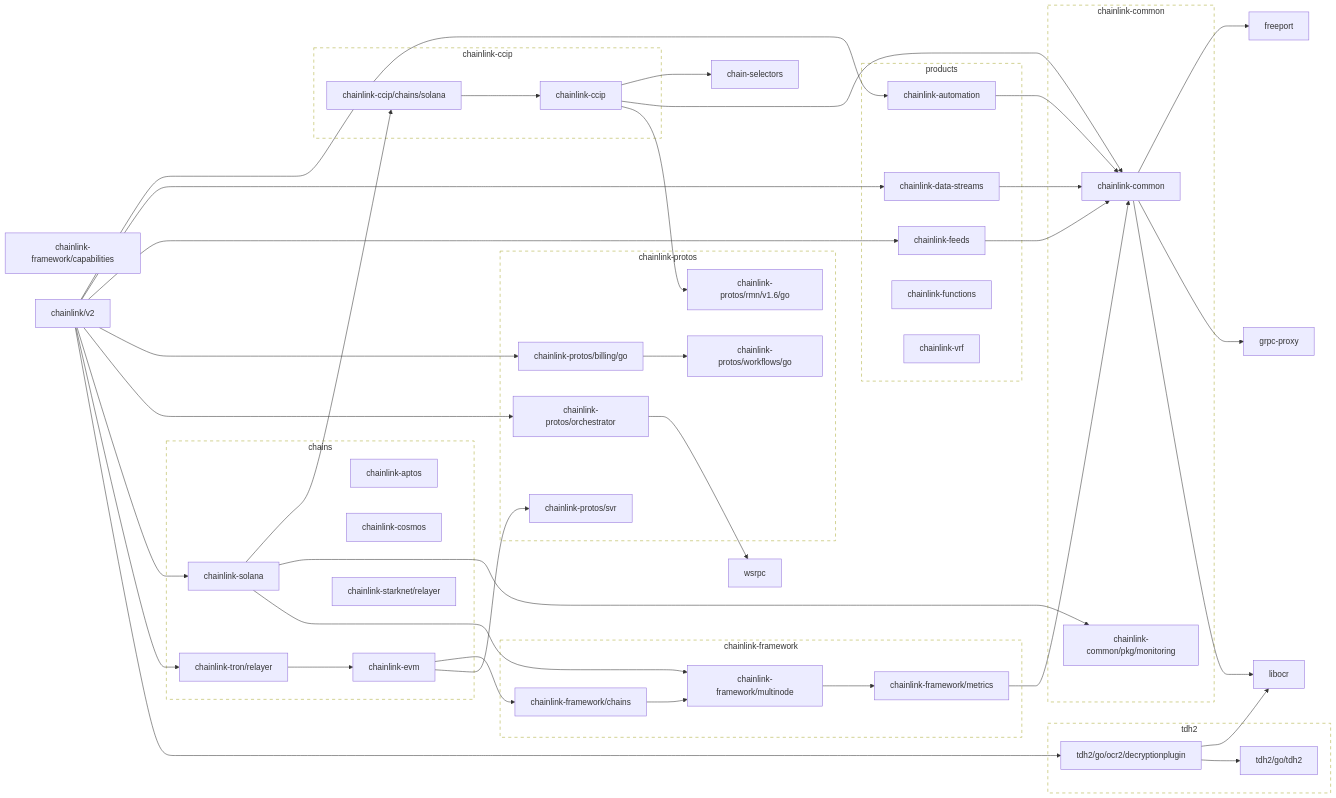
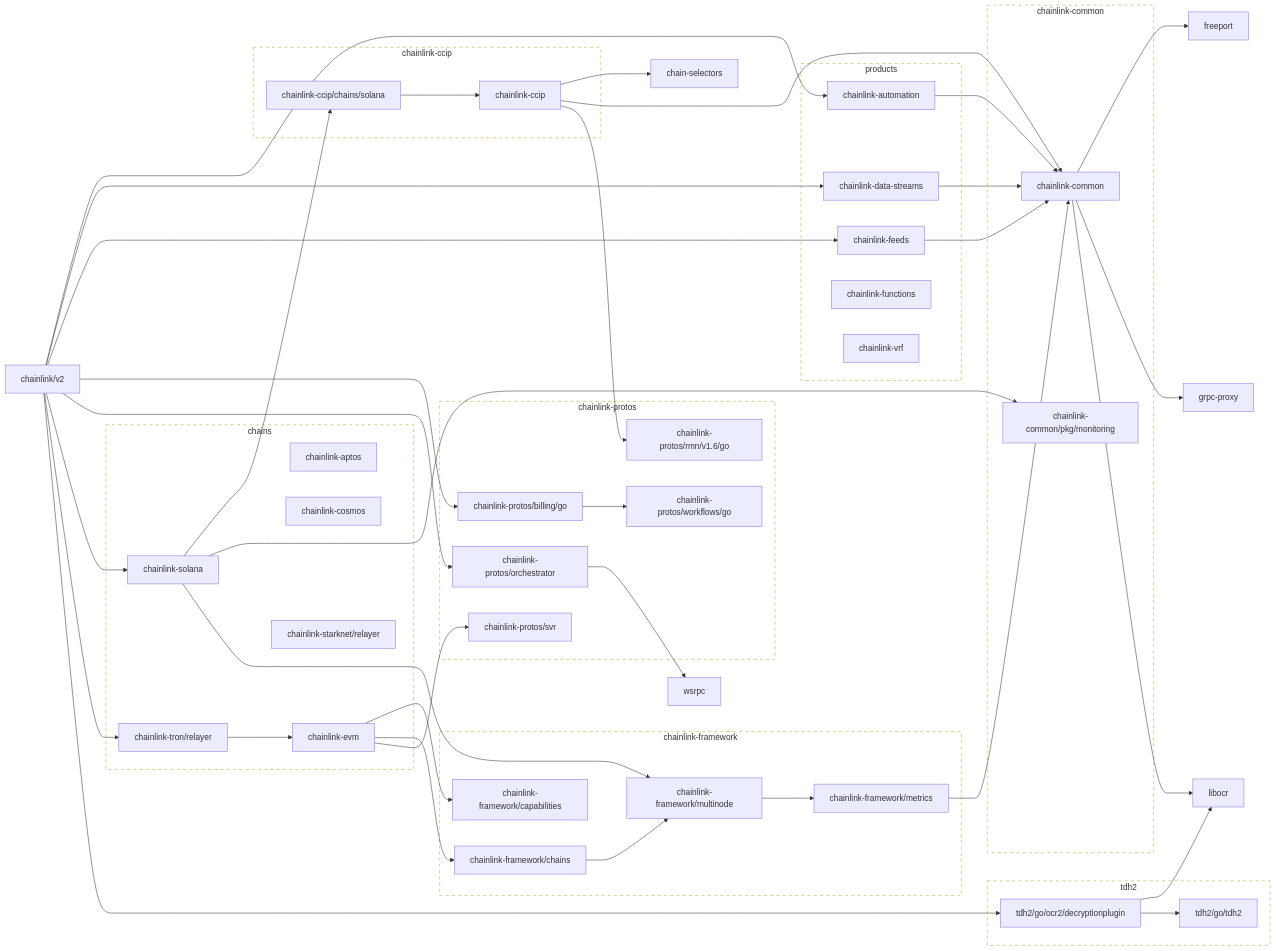
Before and after one commit to JohnDaWalka/chainlink: the first of 2 diagrams in go.md, drawn with Mermaid. The commit also changed other lines of this file and 8 other files, not shown here.

```diff
--- a/go.md
+++ b/go.md
@@ -40,6 +40,7 @@
 	click chainlink-common/pkg/monitoring href "https://github.com/smartcontractkit/chainlink-common"
 	chainlink-data-streams --> chainlink-common
 	click chainlink-data-streams href "https://github.com/smartcontractkit/chainlink-data-streams"
+	chainlink-evm --> chainlink-framework/capabilities
 	chainlink-evm --> chainlink-framework/chains
 	chainlink-evm --> chainlink-protos/svr
 	click chainlink-evm href "https://github.com/smartcontractkit/chainlink-evm"
@@ -105,6 +106,7 @@
 	click chainlink-common-repo href "https://github.com/smartcontractkit/chainlink-common"
 
 	subgraph chainlink-framework-repo[chainlink-framework]
+		 chainlink-framework/capabilities
 		 chainlink-framework/chains
 		 chainlink-framework/metrics
 		 chainlink-framework/multinode
```
